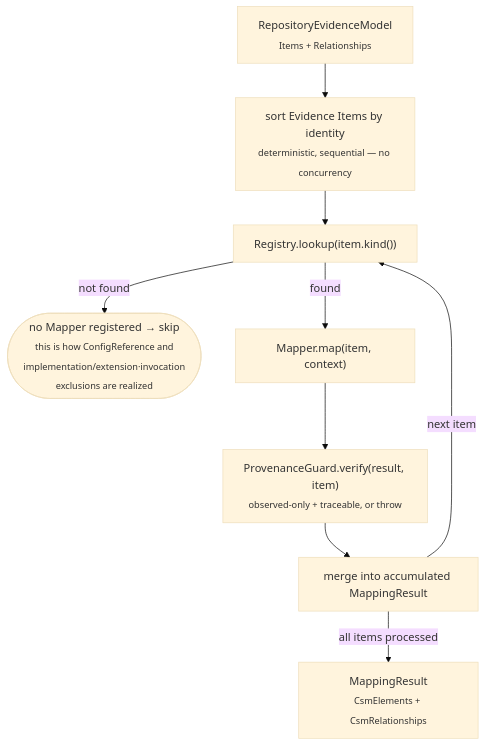
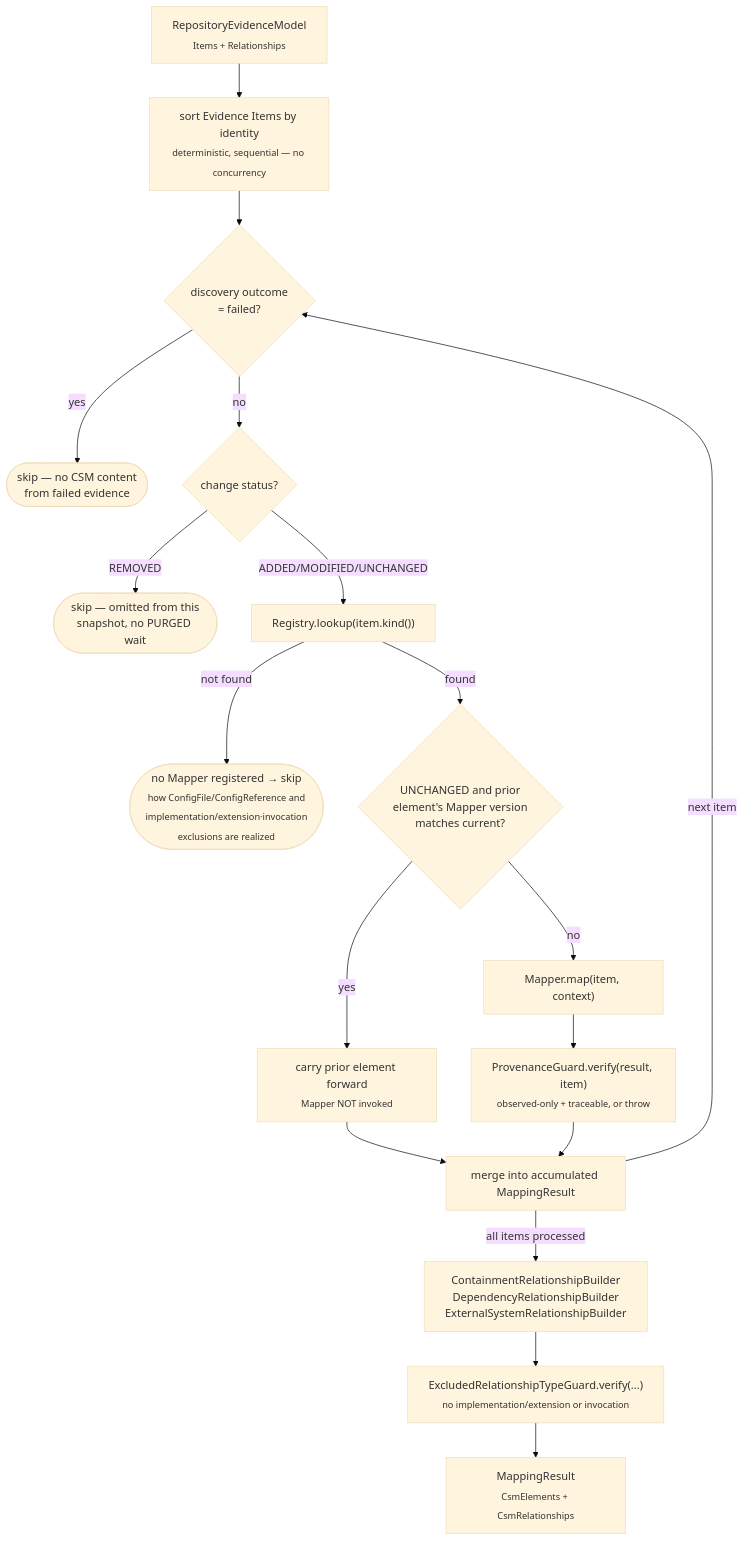
The fifth of 9 diagrams in docs/architecture.md (psrs12/aip), drawn with Mermaid (base theme) before and after one commit. The commit also changed other lines of this file and 1 other file, not shown here.

````diff
--- a/docs/architecture.md
+++ b/docs/architecture.md
@@ -103,17 +188,31 @@
 ```mermaid
 flowchart TD
     REM["RepositoryEvidenceModel<br/><sub>Items + Relationships</sub>"]
     Sort["sort Evidence Items by identity<br/><sub>deterministic, sequential — no concurrency</sub>"]
+    Failed{"discovery outcome<br/>= failed?"}
+    SkipFailed(["skip — no CSM content<br/>from failed evidence"])
+    Status{"change status?"}
+    SkipRemoved(["skip — omitted from this<br/>snapshot, no PURGED wait"])
     Lookup["Registry.lookup(item.kind())"]
-    Skip(["no Mapper registered → skip<br/><sub>this is how ConfigReference and<br/>implementation/extension·invocation<br/>exclusions are realized</sub>"])
+    SkipUnmapped(["no Mapper registered → skip<br/><sub>how ConfigFile/ConfigReference and<br/>implementation/extension·invocation<br/>exclusions are realized</sub>"])
+    PriorCheck{"UNCHANGED and prior<br/>element's Mapper version<br/>matches current?"}
+    Carry["carry prior element forward<br/><sub>Mapper NOT invoked</sub>"]
     Map["Mapper.map(item, context)"]
     Guard["ProvenanceGuard.verify(result, item)<br/><sub>observed-only + traceable, or throw</sub>"]
     Merge["merge into accumulated MappingResult"]
+    Batch["ContainmentRelationshipBuilder<br/>DependencyRelationshipBuilder<br/>ExternalSystemRelationshipBuilder"]
+    ExclGuard["ExcludedRelationshipTypeGuard.verify(...)<br/><sub>no implementation/extension or invocation</sub>"]
     Result["MappingResult<br/><sub>CsmElements + CsmRelationships</sub>"]
 
-    REM --> Sort --> Lookup
-    Lookup -- not found --> Skip
-    Lookup -- found --> Map --> Guard --> Merge
-    Merge -->|next item| Lookup
-    Merge -->|all items processed| Result
+    REM --> Sort --> Failed
+    Failed -- yes --> SkipFailed
+    Failed -- no --> Status
+    Status -- REMOVED --> SkipRemoved
+    Status -- ADDED/MODIFIED/UNCHANGED --> Lookup
+    Lookup -- not found --> SkipUnmapped
+    Lookup -- found --> PriorCheck
+    PriorCheck -- yes --> Carry --> Merge
+    PriorCheck -- no --> Map --> Guard --> Merge
+    Merge -->|next item| Failed
+    Merge -->|all items processed| Batch --> ExclGuard --> Result
 ```
````
